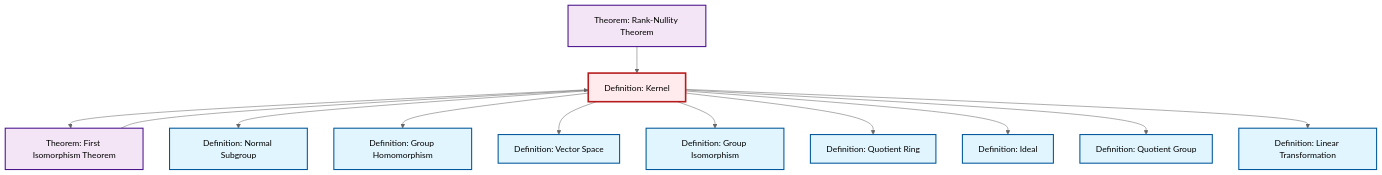
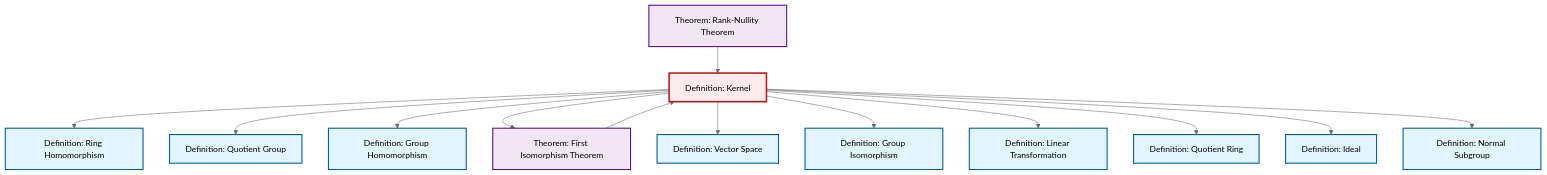
Before and after one commit to RK0429/ModernMath: the diagram in content/ja/algebra/def-kernel.qmd, drawn with Mermaid (neutral theme). The commit also changed other lines of this file and 619 other files, not shown here.

````diff
--- a/content/ja/algebra/def-kernel.qmd
+++ b/content/ja/algebra/def-kernel.qmd
@@ -81,42 +83,45 @@
 ```{mermaid}
 %%| fig-cap: "Local dependency graph"
 graph TD
     classDef definition fill:#e1f5fe,stroke:#01579b,stroke-width:2px
     classDef theorem fill:#f3e5f5,stroke:#4a148c,stroke-width:2px
     classDef axiom fill:#fff3e0,stroke:#e65100,stroke-width:2px
     classDef example fill:#e8f5e9,stroke:#1b5e20,stroke-width:2px
     classDef current fill:#ffebee,stroke:#b71c1c,stroke-width:3px
+    def-normal-subgroup["Definition: Normal Subgroup"]:::definition
+    def-kernel["Definition: Kernel"]:::definition
+    def-ring-homomorphism["Definition: Ring Homomorphism"]:::definition
+    def-linear-transformation["Definition: Linear Transformation"]:::definition
     def-ideal["Definition: Ideal"]:::definition
-    def-homomorphism["Definition: Group Homomorphism"]:::definition
+    thm-first-isomorphism["Theorem: First Isomorphism Theorem"]:::theorem
     thm-rank-nullity["Theorem: Rank-Nullity Theorem"]:::theorem
-    def-vector-space["Definition: Vector Space"]:::definition
+    def-quotient-group["Definition: Quotient Group"]:::definition
     def-isomorphism["Definition: Group Isomorphism"]:::definition
     def-quotient-ring["Definition: Quotient Ring"]:::definition
-    def-kernel["Definition: Kernel"]:::definition
-    def-normal-subgroup["Definition: Normal Subgroup"]:::definition
-    def-quotient-group["Definition: Quotient Group"]:::definition
-    thm-first-isomorphism["Theorem: First Isomorphism Theorem"]:::theorem
-    def-linear-transformation["Definition: Linear Transformation"]:::definition
+    def-homomorphism["Definition: Group Homomorphism"]:::definition
+    def-vector-space["Definition: Vector Space"]:::definition
+    def-kernel --> def-ring-homomorphism
+    def-kernel --> def-quotient-group
+    def-kernel --> def-homomorphism
     def-kernel --> thm-first-isomorphism
-    def-kernel --> def-normal-subgroup
-    def-kernel --> def-homomorphism
     def-kernel --> def-vector-space
     def-kernel --> def-isomorphism
+    def-kernel --> def-linear-transformation
     def-kernel --> def-quotient-ring
+    thm-first-isomorphism --> def-kernel
     def-kernel --> def-ideal
-    thm-first-isomorphism --> def-kernel
-    def-kernel --> def-quotient-group
-    def-kernel --> def-linear-transformation
     thm-rank-nullity --> def-kernel
+    def-kernel --> def-normal-subgroup
     class def-kernel current
+    click def-normal-subgroup "def-normal-subgroup.html" "Definition: Normal Subgroupへ"
+    click def-ring-homomorphism "def-ring-homomorphism.html" "Definition: Ring Homomorphismへ"
+    click def-linear-transformation "def-linear-transformation.html" "Definition: Linear Transformationへ"
     click def-ideal "def-ideal.html" "Definition: Idealへ"
-    click def-homomorphism "def-homomorphism.html" "Definition: Group Homomorphismへ"
+    click thm-first-isomorphism "thm-first-isomorphism.html" "Theorem: First Isomorphism Theoremへ"
     click thm-rank-nullity "thm-rank-nullity.html" "Theorem: Rank-Nullity Theoremへ"
-    click def-vector-space "def-vector-space.html" "Definition: Vector Spaceへ"
+    click def-quotient-group "def-quotient-group.html" "Definition: Quotient Groupへ"
     click def-isomorphism "def-isomorphism.html" "Definition: Group Isomorphismへ"
     click def-quotient-ring "def-quotient-ring.html" "Definition: Quotient Ringへ"
-    click def-normal-subgroup "def-normal-subgroup.html" "Definition: Normal Subgroupへ"
-    click def-quotient-group "def-quotient-group.html" "Definition: Quotient Groupへ"
-    click thm-first-isomorphism "thm-first-isomorphism.html" "Theorem: First Isomorphism Theoremへ"
-    click def-linear-transformation "def-linear-transformation.html" "Definition: Linear Transformationへ"
+    click def-homomorphism "def-homomorphism.html" "Definition: Group Homomorphismへ"
+    click def-vector-space "def-vector-space.html" "Definition: Vector Spaceへ"
 ```
````
